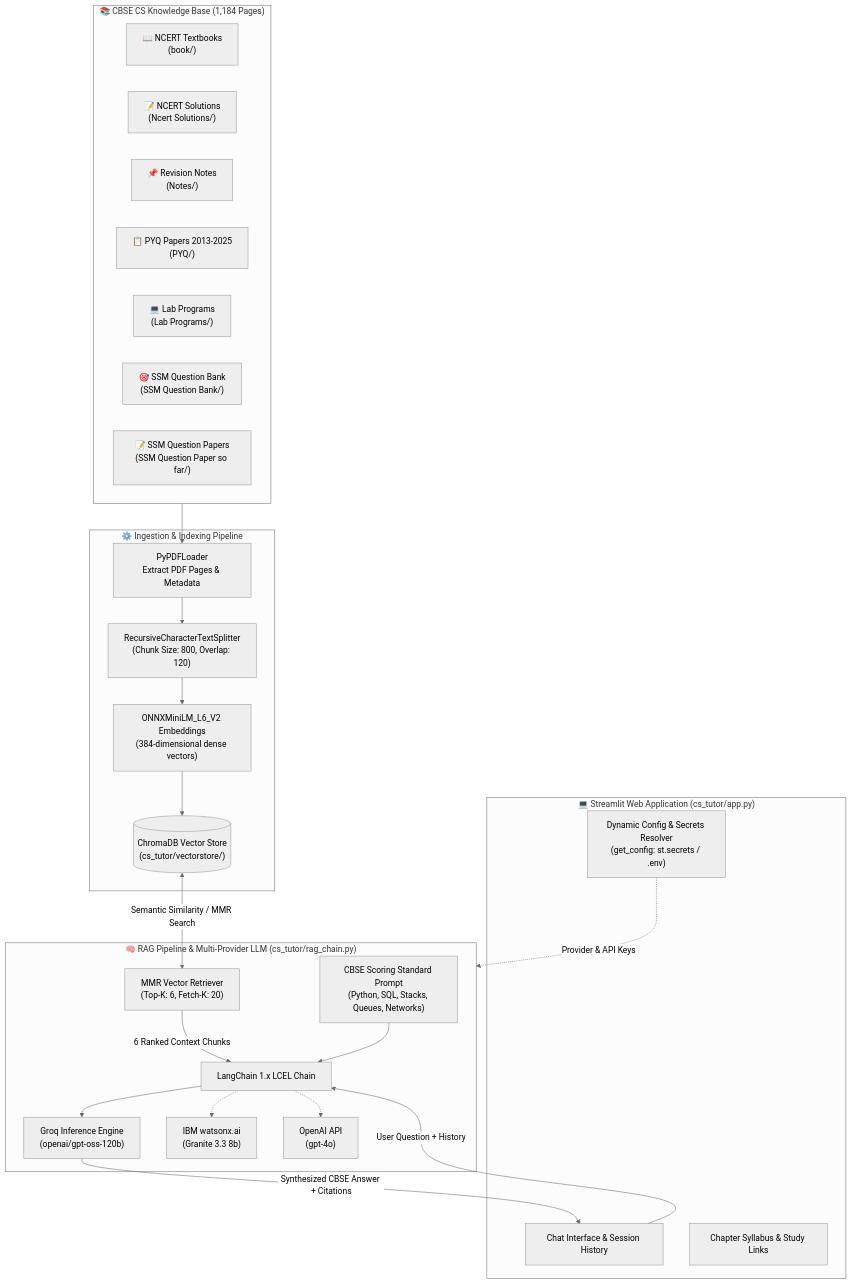
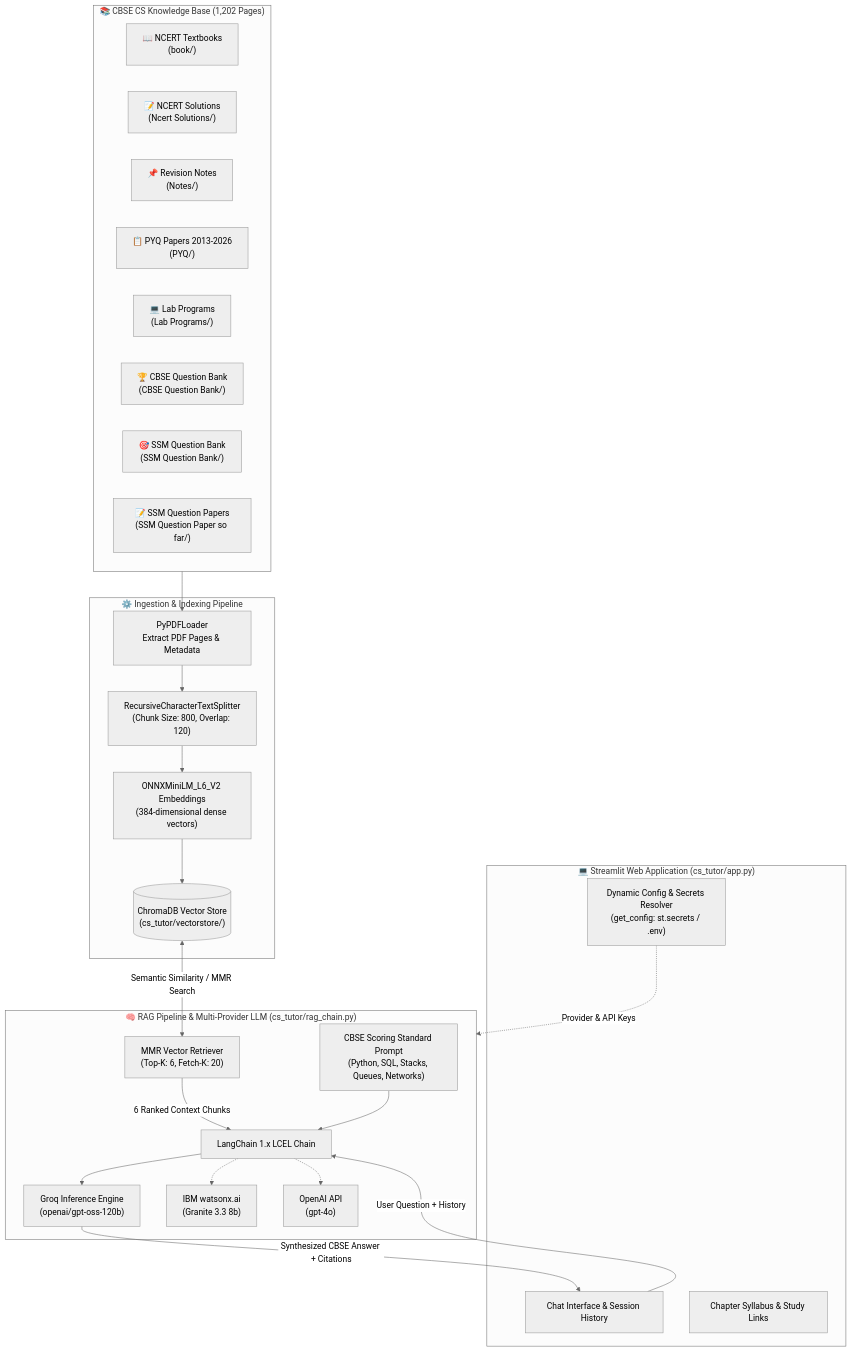
Before and after one commit to rajzzh-learn/CS-RAG-Project: the first of 3 diagrams in ARCHITECTURE.md, drawn with Mermaid (neutral theme). The commit also changed 15 other files, not shown here.

Commit message:
feat: add CBSE Question Bank folder, index in RAG, add to UI sidebar, and update vectorstore

````diff
--- a/ARCHITECTURE.md
+++ b/ARCHITECTURE.md
@@ -14,51 +14,52 @@
 ```mermaid
 flowchart TB
-    subgraph DataSources["📚 CBSE CS Knowledge Base (1,184 Pages)"]
+    subgraph DataSources["📚 CBSE CS Knowledge Base (1,202 Pages)"]
         TB["📖 NCERT Textbooks\n(book/)"]
         SOL["📝 NCERT Solutions\n(Ncert Solutions/)"]
         REV["📌 Revision Notes\n(Notes/)"]
-        PYQ["📋 PYQ Papers 2013-2025\n(PYQ/)"]
+        PYQ["📋 PYQ Papers 2013-2026\n(PYQ/)"]
         LAB["💻 Lab Programs\n(Lab Programs/)"]
+        CBSEQB["🏆 CBSE Question Bank\n(CBSE Question Bank/)"]
         SSM["🎯 SSM Question Bank\n(SSM Question Bank/)"]
         SSMP["📝 SSM Question Papers\n(SSM Question Paper so far/)"]
     end
 
     subgraph IngestionSubsystem["⚙️ Ingestion & Indexing Pipeline"]
         LOADER["PyPDFLoader\nExtract PDF Pages & Metadata"]
         SPLITTER["RecursiveCharacterTextSplitter\n(Chunk Size: 800, Overlap: 120)"]
         EMBED_ONNX["ONNXMiniLM_L6_V2 Embeddings\n(384-dimensional dense vectors)"]
         CHROMA_STORE[("ChromaDB Vector Store\n(cs_tutor/vectorstore/)")]
     end
 
     subgraph RuntimeInterface["💻 Streamlit Web Application (cs_tutor/app.py)"]
         UI_CHAT["Chat Interface & Session History"]
         UI_SIDEBAR["Chapter Syllabus & Study Links"]
         CONFIG_RESOLVER["Dynamic Config & Secrets Resolver\n(get_config: st.secrets / .env)"]
     end
 
     subgraph RAGCore["🧠 RAG Pipeline & Multi-Provider LLM (cs_tutor/rag_chain.py)"]
         RETRIEVER["MMR Vector Retriever\n(Top-K: 6, Fetch-K: 20)"]
         LCEL_CHAIN["LangChain 1.x LCEL Chain"]
         SYSTEM_PROMPT["CBSE Scoring Standard Prompt\n(Python, SQL, Stacks, Queues, Networks)"]
         LLM_GROQ["Groq Inference Engine\n(openai/gpt-oss-120b)"]
         LLM_WATSON["IBM watsonx.ai\n(Granite 3.3 8b)"]
         LLM_OPENAI["OpenAI API\n(gpt-4o)"]
     end
 
     %% Ingestion flow
     DataSources --> LOADER
     LOADER --> SPLITTER
     SPLITTER --> EMBED_ONNX
     EMBED_ONNX --> CHROMA_STORE
 
     %% Runtime flow
     UI_CHAT -->|User Question + History| LCEL_CHAIN
     CONFIG_RESOLVER -.->|Provider & API Keys| RAGCore
     CHROMA_STORE <-->|Semantic Similarity / MMR Search| RETRIEVER
     RETRIEVER -->|6 Ranked Context Chunks| LCEL_CHAIN
     SYSTEM_PROMPT --> LCEL_CHAIN
     LCEL_CHAIN --> LLM_GROQ
     LCEL_CHAIN -.-> LLM_WATSON
     LCEL_CHAIN -.-> LLM_OPENAI
     LLM_GROQ -->|Synthesized CBSE Answer + Citations| UI_CHAT
 ```
````
